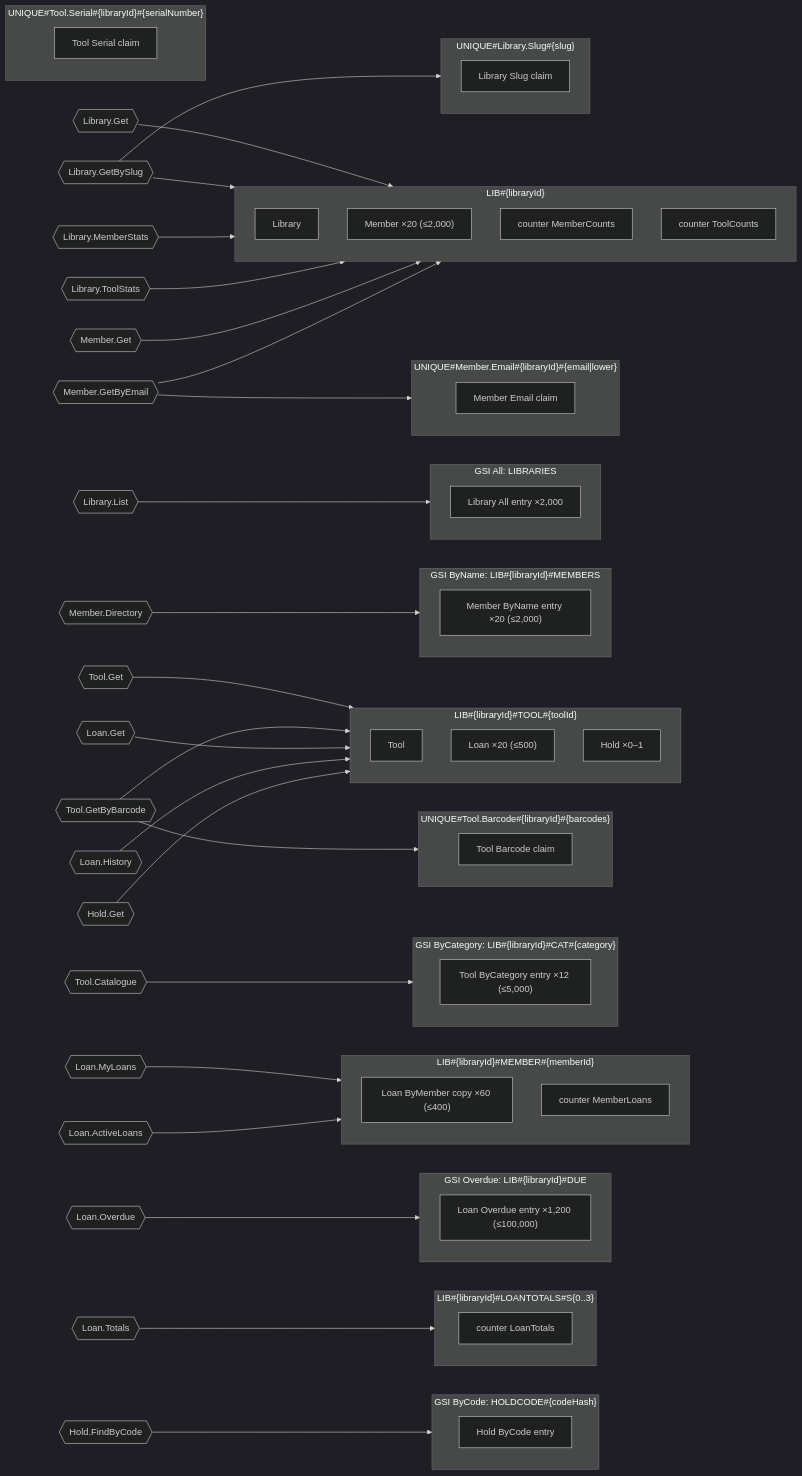
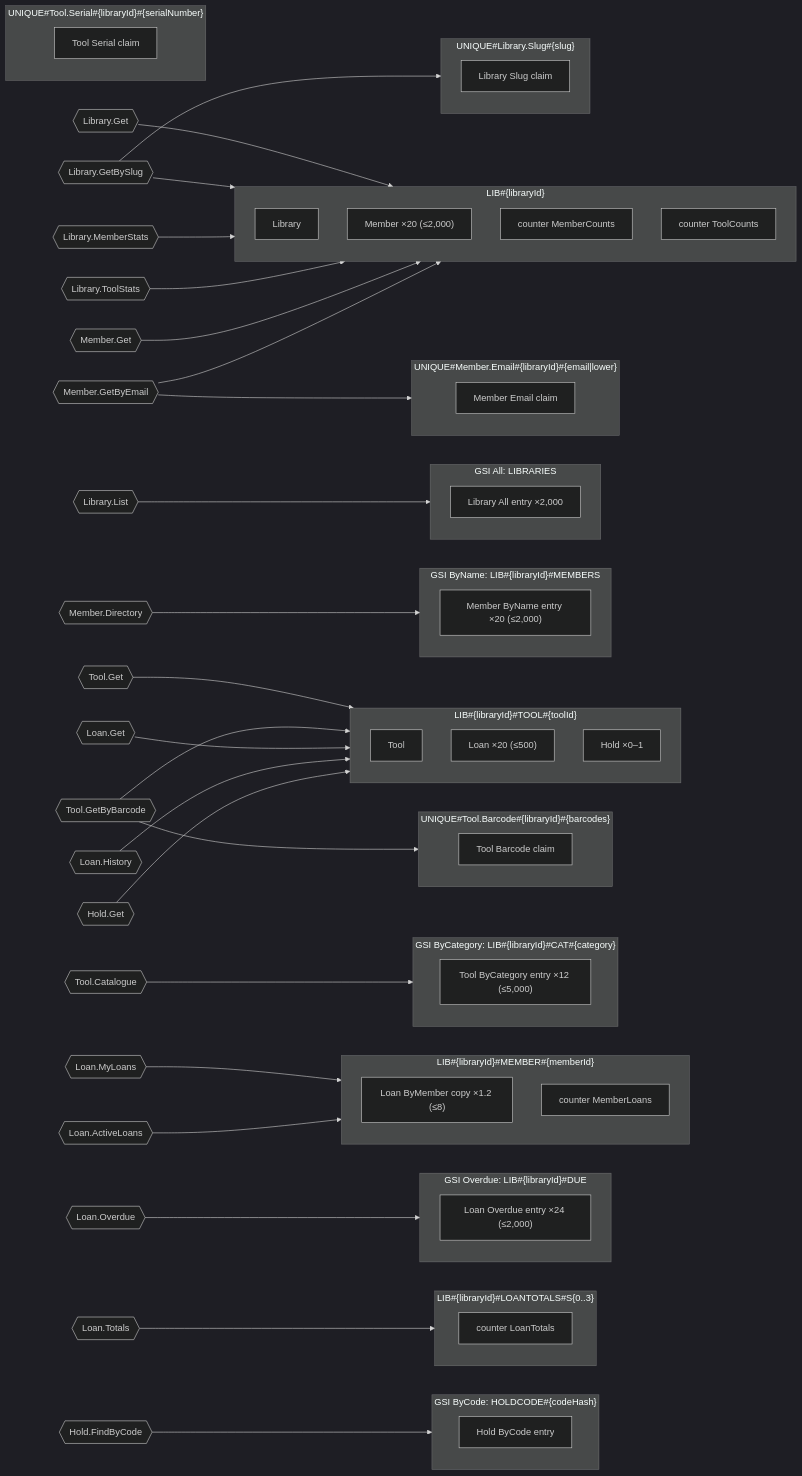
One commit to nicklanng/dynago changed the sixth of 11 diagrams in examples/toollibrary/toollibrary.model.md. Above: the diagram before and after it, drawn with Mermaid (dark theme). The commit also changed other lines of this file and 23 other files, not shown here.

````diff
--- a/examples/toollibrary/toollibrary.model.md
+++ b/examples/toollibrary/toollibrary.model.md
@@ -232,67 +232,67 @@
 ```mermaid
 flowchart LR
   subgraph p0["LIB#35;{libraryId}"]
     p0m0["Library"]
     p0m1["Member ×20 (≤2,000)"]
     p0m2["counter MemberCounts"]
     p0m3["counter ToolCounts"]
   end
   subgraph p1["GSI All: LIBRARIES"]
     p1m0["Library All entry ×2,000"]
   end
   subgraph p2["UNIQUE#35;Library.Slug#35;{slug}"]
     p2m0["Library Slug claim"]
   end
   subgraph p3["GSI ByName: LIB#35;{libraryId}#35;MEMBERS"]
     p3m0["Member ByName entry ×20 (≤2,000)"]
   end
   subgraph p4["UNIQUE#35;Member.Email#35;{libraryId}#35;{email|lower}"]
     p4m0["Member Email claim"]
   end
   subgraph p5["LIB#35;{libraryId}#35;TOOL#35;{toolId}"]
     p5m0["Tool"]
     p5m1["Loan ×20 (≤500)"]
     p5m2["Hold ×0–1"]
   end
   subgraph p6["GSI ByCategory: LIB#35;{libraryId}#35;CAT#35;{category}"]
     p6m0["Tool ByCategory entry ×12 (≤5,000)"]
   end
   subgraph p7["UNIQUE#35;Tool.Serial#35;{libraryId}#35;{serialNumber}"]
     p7m0["Tool Serial claim"]
   end
   subgraph p8["UNIQUE#35;Tool.Barcode#35;{libraryId}#35;{barcodes}"]
     p8m0["Tool Barcode claim"]
   end
   subgraph p9["LIB#35;{libraryId}#35;MEMBER#35;{memberId}"]
-    p9m0["Loan ByMember copy ×60 (≤400)"]
+    p9m0["Loan ByMember copy ×1.2 (≤8)"]
     p9m1["counter MemberLoans"]
   end
   subgraph p10["GSI Overdue: LIB#35;{libraryId}#35;DUE"]
-    p10m0["Loan Overdue entry ×1,200 (≤100,000)"]
+    p10m0["Loan Overdue entry ×24 (≤2,000)"]
   end
   subgraph p11["LIB#35;{libraryId}#35;LOANTOTALS#35;S{0..3}"]
     p11m0["counter LoanTotals"]
   end
   subgraph p12["GSI ByCode: HOLDCODE#35;{codeHash}"]
     p12m0["Hold ByCode entry"]
   end
   r_Library_Get{{"Library.Get"}} --> p0
   r_Library_GetBySlug{{"Library.GetBySlug"}} --> p2 & p0
   r_Library_MemberStats{{"Library.MemberStats"}} --> p0
   r_Library_ToolStats{{"Library.ToolStats"}} --> p0
   r_Library_List{{"Library.List"}} --> p1
   r_Member_Get{{"Member.Get"}} --> p0
   r_Member_GetByEmail{{"Member.GetByEmail"}} --> p4 & p0
   r_Member_Directory{{"Member.Directory"}} --> p3
   r_Tool_Get{{"Tool.Get"}} --> p5
   r_Tool_Catalogue{{"Tool.Catalogue"}} --> p6
   r_Tool_GetByBarcode{{"Tool.GetByBarcode"}} --> p8 & p5
   r_Loan_Get{{"Loan.Get"}} --> p5
   r_Loan_History{{"Loan.History"}} --> p5
   r_Loan_MyLoans{{"Loan.MyLoans"}} --> p9
   r_Loan_Overdue{{"Loan.Overdue"}} --> p10
   r_Loan_ActiveLoans{{"Loan.ActiveLoans"}} --> p9
   r_Loan_Totals{{"Loan.Totals"}} --> p11
   r_Hold_Get{{"Hold.Get"}} --> p5
   r_Hold_FindByCode{{"Hold.FindByCode"}} --> p12
 ```
````
